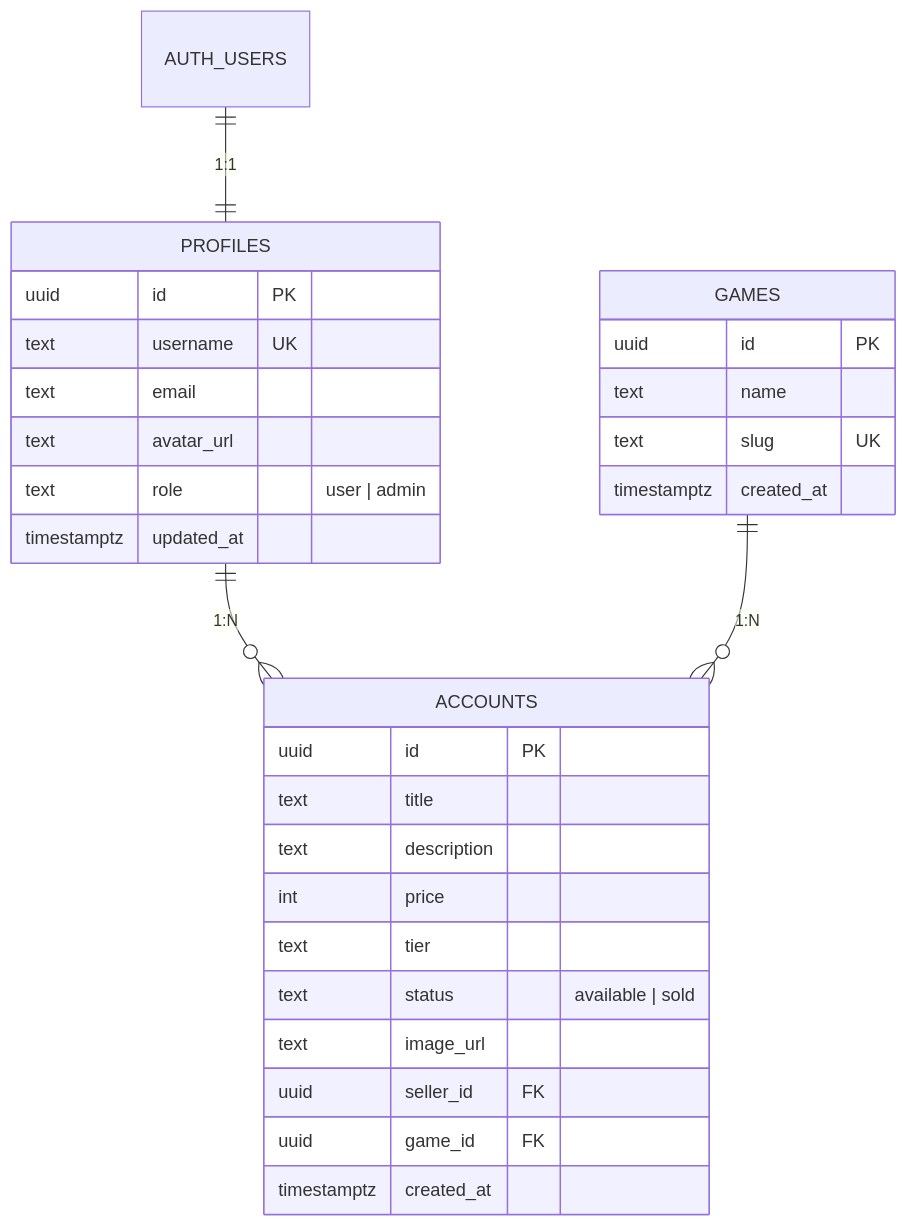
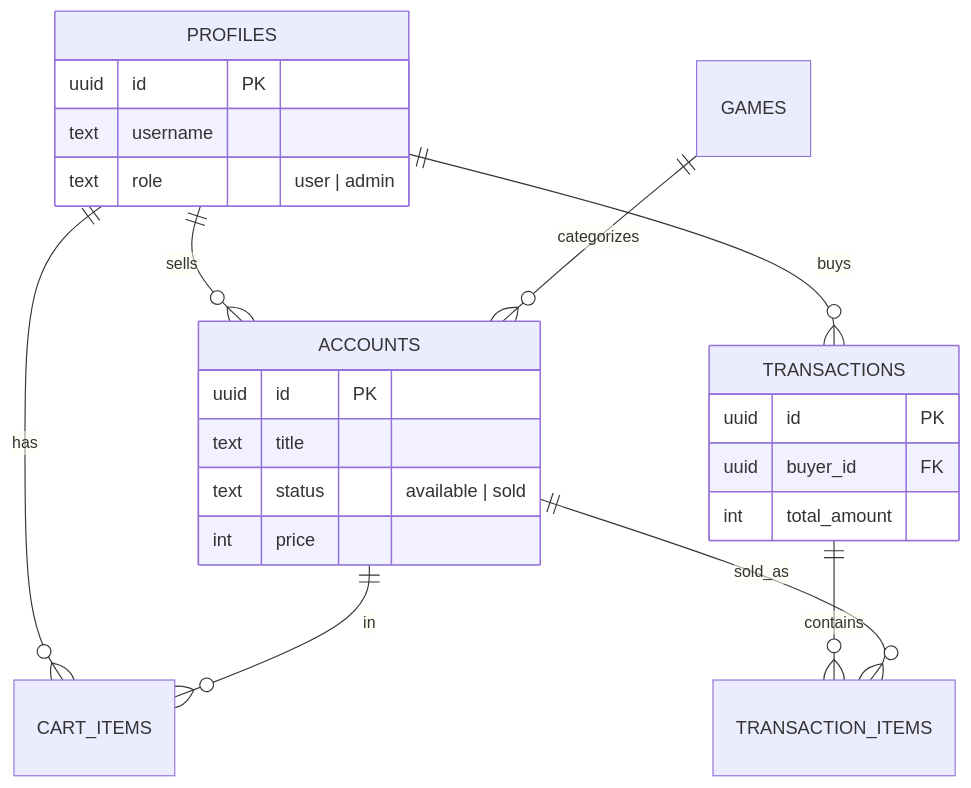
One commit to barravasska/game-store-management changed the diagram in README.md. Above: the diagram before and after it, drawn with Mermaid. The commit also changed other lines of this file, not shown here.

````diff
--- a/README.md
+++ b/README.md
@@ -232,35 +131,27 @@
 ```mermaid
 erDiagram
-    AUTH_USERS ||--|| PROFILES : "1:1"
-    PROFILES ||--o{ ACCOUNTS : "1:N"
-    GAMES ||--o{ ACCOUNTS : "1:N"
+    PROFILES ||--o{ ACCOUNTS : "sells"
+    PROFILES ||--o{ TRANSACTIONS : "buys"
+    PROFILES ||--o{ CART_ITEMS : "has"
+    GAMES ||--o{ ACCOUNTS : "categorizes"
+    ACCOUNTS ||--o{ CART_ITEMS : "in"
+    TRANSACTIONS ||--o{ TRANSACTION_ITEMS : "contains"
+    ACCOUNTS ||--o{ TRANSACTION_ITEMS : "sold_as"
 
     PROFILES {
         uuid id PK
-        text username UK
-        text email
-        text avatar_url
+        text username
         text role "user | admin"
-        timestamptz updated_at
     }
-
-    GAMES {
-        uuid id PK
-        text name
-        text slug UK
-        timestamptz created_at
-    }
-
     ACCOUNTS {
         uuid id PK
         text title
-        text description
+        text status "available | sold"
         int price
-        text tier
-        text status "available | sold"
-        text image_url
-        uuid seller_id FK
-        uuid game_id FK
-        timestamptz created_at
+    }
+    TRANSACTIONS {
+        uuid id PK
+        uuid buyer_id FK
+        int total_amount
     }
 ```
````
